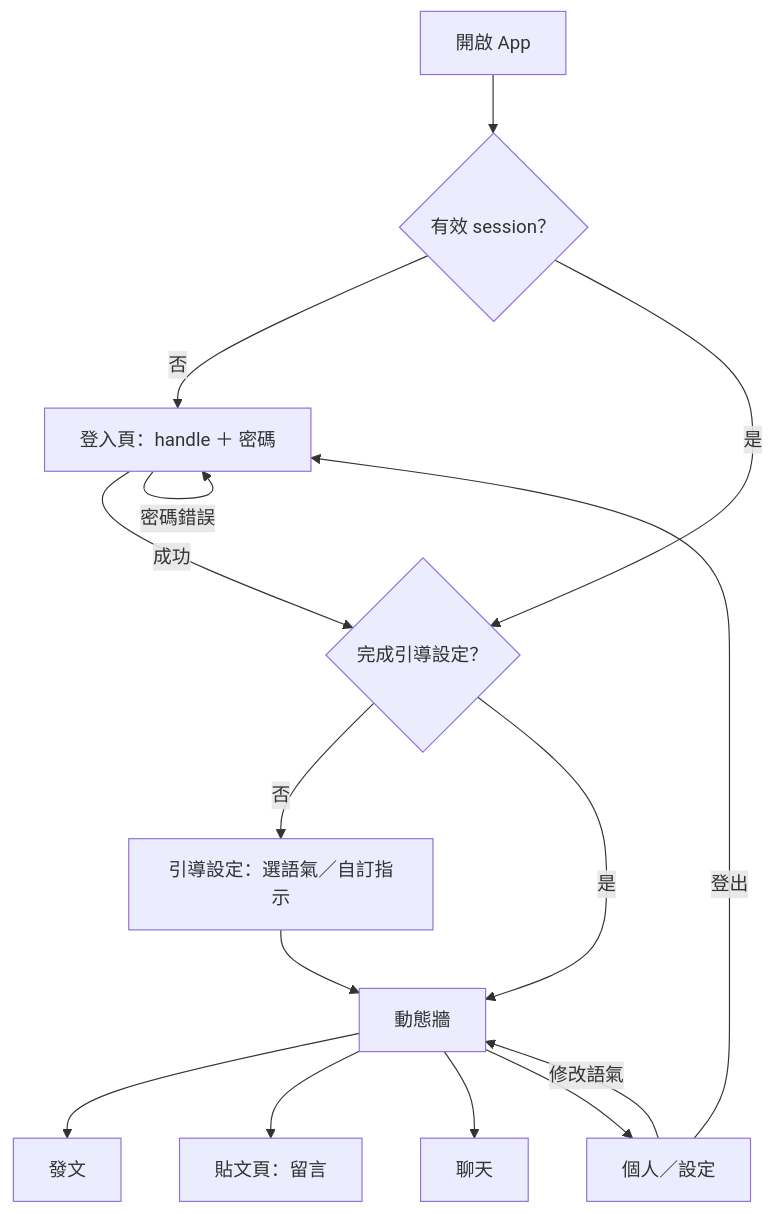
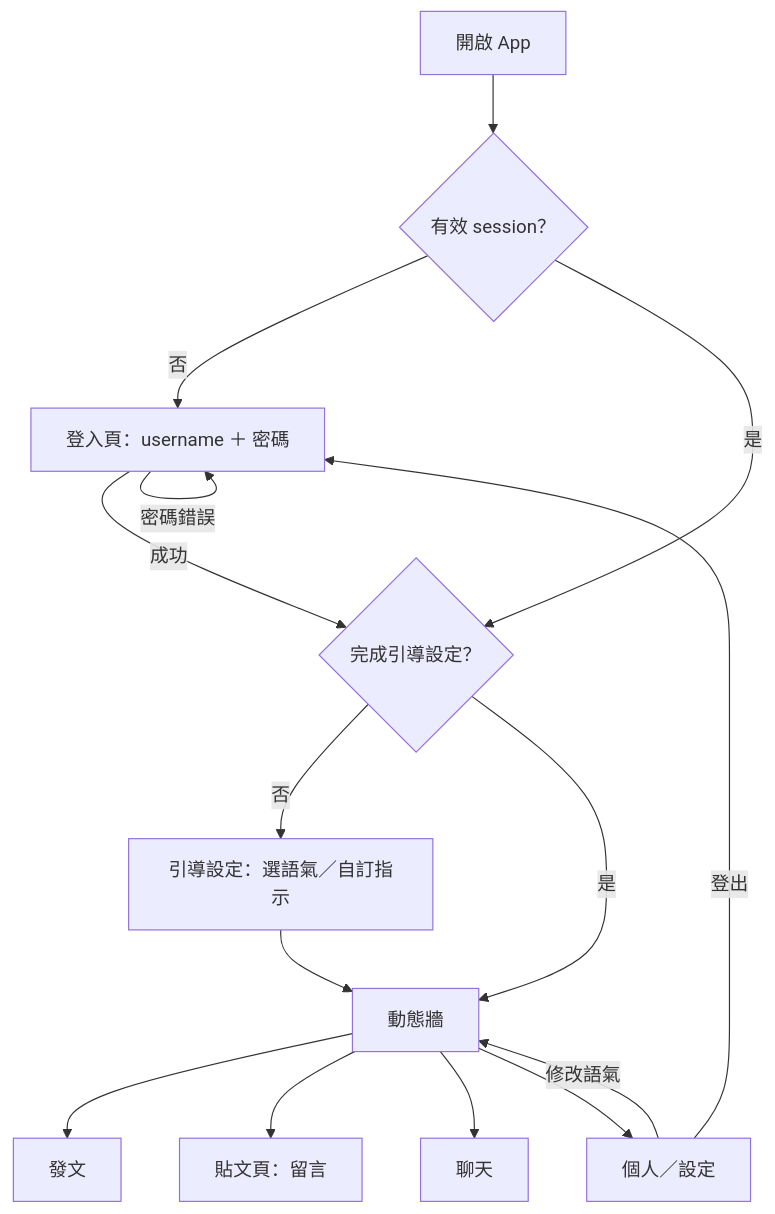
The diagram in backlog/docs/ai-social/doc-001 - AI-Social-總覽-PRD.md (yeeway0609/ai-social), drawn with Mermaid before and after one commit. The commit also changed other lines of this file and 26 other files, not shown here.

````diff
--- a/backlog/docs/ai-social/doc-001 - AI-Social-總覽-PRD.md
+++ b/backlog/docs/ai-social/doc-001 - AI-Social-總覽-PRD.md
@@ -83,17 +83,17 @@
 ```mermaid
 flowchart TD
   A[開啟 App] --> B{有效 session？}
-  B -- 否 --> C[登入頁：handle ＋ 密碼]
+  B -- 否 --> C[登入頁：username ＋ 密碼]
   C -- 密碼錯誤 --> C
   C -- 成功 --> D{完成引導設定？}
   B -- 是 --> D
   D -- 否 --> E[引導設定：選語氣／自訂指示]
   E --> F[動態牆]
   D -- 是 --> F
   F --> G[發文]
   F --> H[貼文頁：留言]
   F --> I[聊天]
   F --> J[個人／設定]
   J -- 修改語氣 --> F
   J -- 登出 --> C
 ```
````
